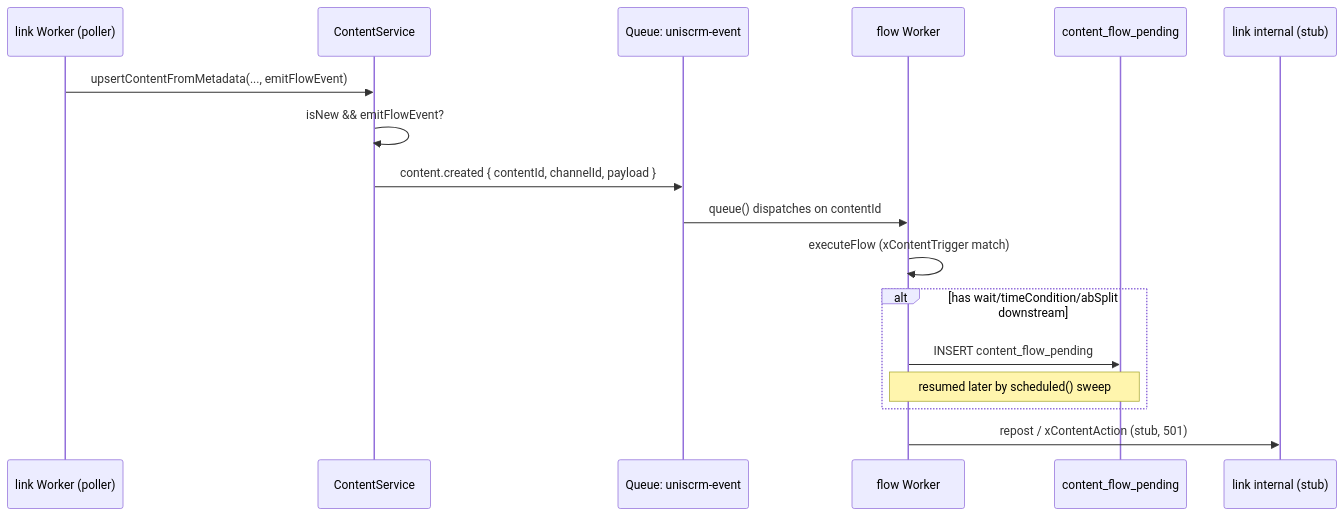
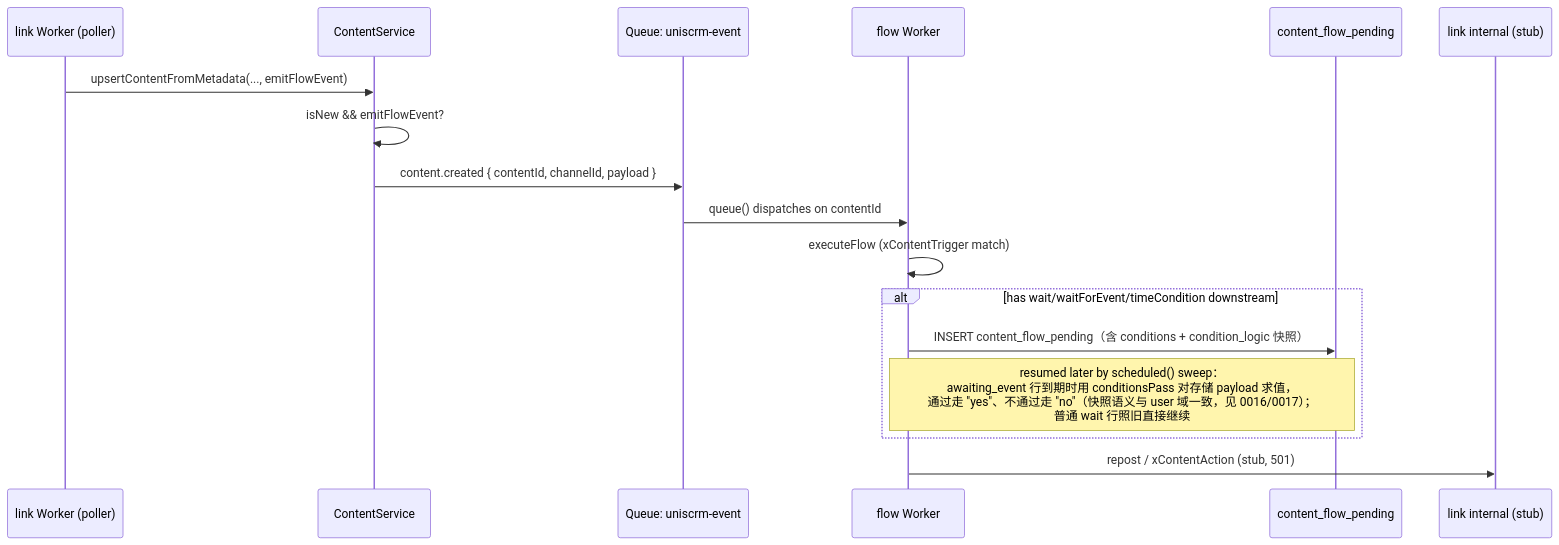
Before and after one commit to zcqqq/uniscrm-web: the second of 5 diagrams in flow/sequence.md, drawn with Mermaid. The commit also changed other lines of this file and 11 other files, not shown here.

First line of the commit message:
refactor(flow): one branch-outcome epilogue for both domains; content waits enforce conditions

````diff
--- a/flow/sequence.md
+++ b/flow/sequence.md
@@ -31,20 +31,20 @@
 ```mermaid
 sequenceDiagram
     participant P as link Worker (poller)
     participant CS as ContentService
     participant EQ as Queue: uniscrm-event
     participant FW as flow Worker
     participant CFP as content_flow_pending
     participant STUB as link internal (stub)
 
     P->>CS: upsertContentFromMetadata(..., emitFlowEvent)
     CS->>CS: isNew && emitFlowEvent?
     CS->>EQ: content.created { contentId, channelId, payload }
     EQ->>FW: queue() dispatches on contentId
     FW->>FW: executeFlow (xContentTrigger match)
-    alt has wait/timeCondition/abSplit downstream
-        FW->>CFP: INSERT content_flow_pending
-        Note over FW,CFP: resumed later by scheduled() sweep
+    alt has wait/waitForEvent/timeCondition downstream
+        FW->>CFP: INSERT content_flow_pending（含 conditions + condition_logic 快照）
+        Note over FW,CFP: resumed later by scheduled() sweep：<br/>awaiting_event 行到期时用 conditionsPass 对存储 payload 求值，<br/>通过走 "yes"、不通过走 "no"（快照语义与 user 域一致，见 0016/0017）；<br/>普通 wait 行照旧直接继续
     end
     FW->>STUB: repost / xContentAction (stub, 501)
 ```
````
